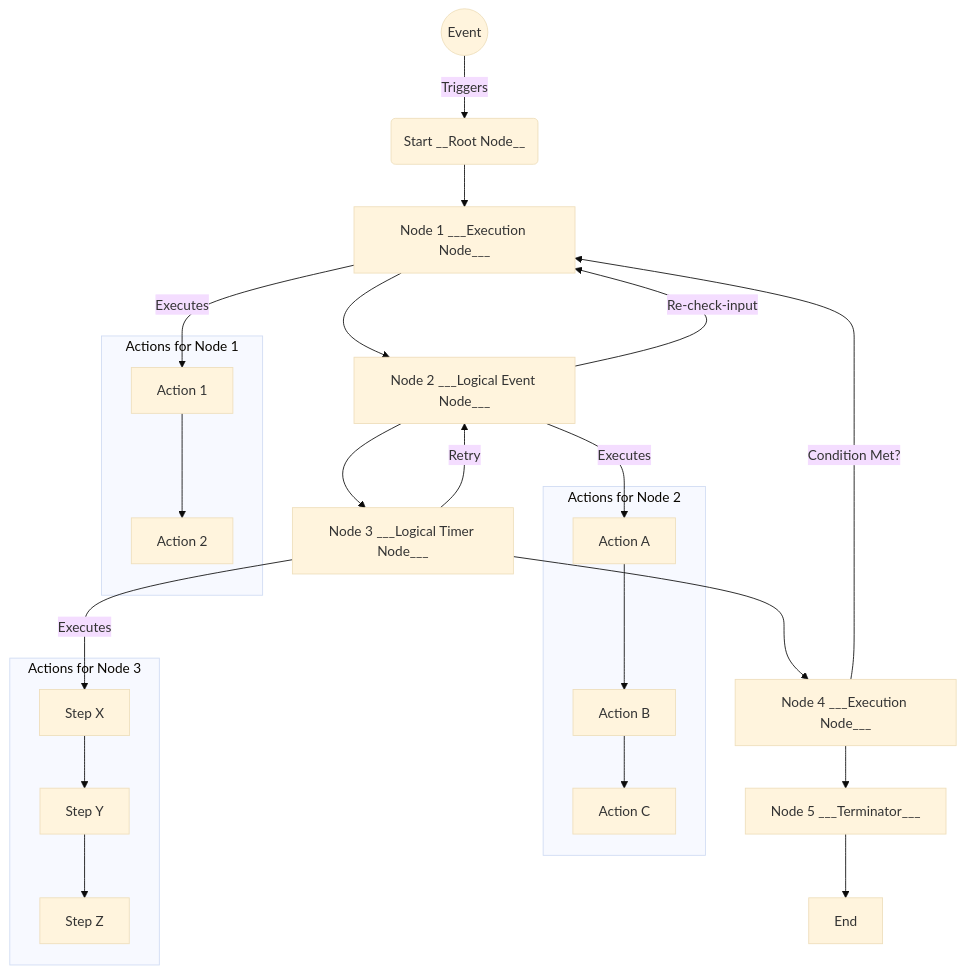
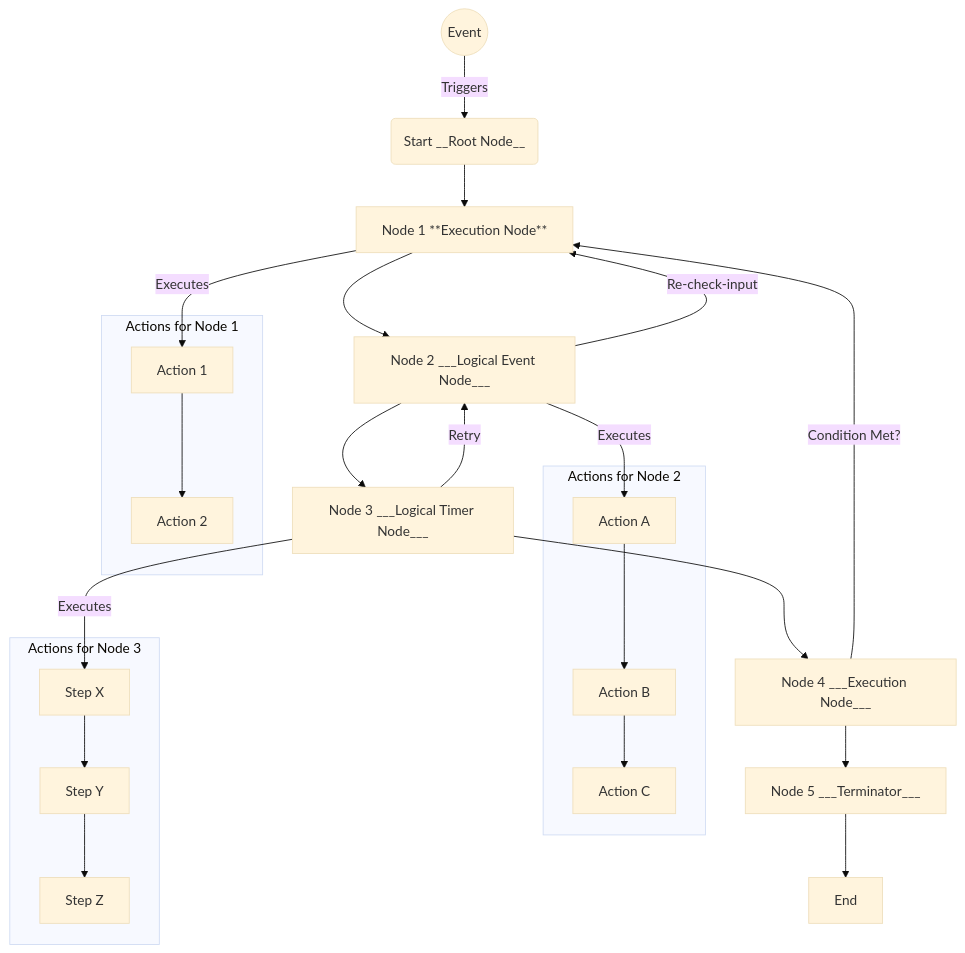
Before and after one commit to REAN-Foundation/workflow-service: the first of 2 diagrams in docs/schema/schema.md, drawn with Mermaid (base theme). The commit also changed 1 other file, not shown here.

Commit message:
Changes to make mermaid work correctly

````diff
--- a/docs/schema/schema.md
+++ b/docs/schema/schema.md
@@ -10,31 +10,31 @@
 ```mermaid
 graph TD;
     Event1((Event)) -->|Triggers| A(Start)
-    A(Start __Root Node__) --> B[Node 1 ___Execution Node___]
+    A(Start __Root Node__) --> B[Node 1 **Execution Node**]
     B --> C[Node 2 ___Logical Event Node___]
     C --> D[Node 3 ___Logical Timer Node___]
     D --> E[Node 4 ___Execution Node___]
     E --> F[Node 5 ___Terminator___]
     F --> G[End]
 
     %% Local cyclic graph (looping between Nodes)
     C -->|Re-check-input| B
     D -->|Retry| C
     E -->|Condition Met?| B
 
     %% Action Sequences
     subgraph "Actions for Node 1"
         B1[Action 1] --> B2[Action 2]
     end
     B -->|Executes| B1
 
     subgraph "Actions for Node 2"
         C1[Action A] --> C2[Action B] --> C3[Action C]
     end
     C -->|Executes| C1
 
     subgraph "Actions for Node 3"
         D1[Step X] --> D2[Step Y] --> D3[Step Z]
     end
     D -->|Executes| D1    
 ```
````
